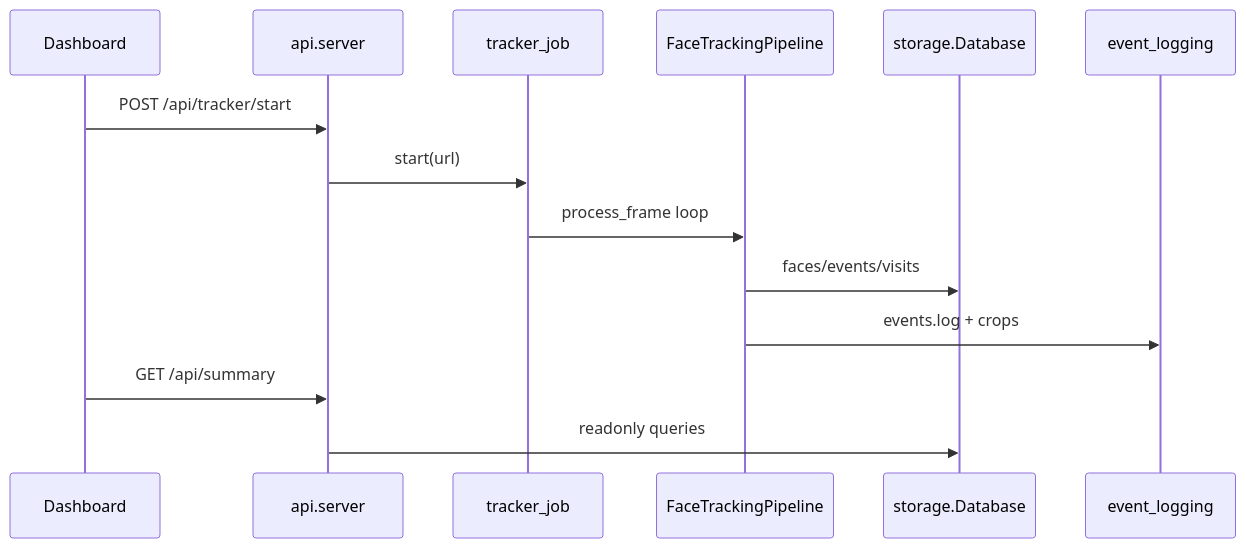
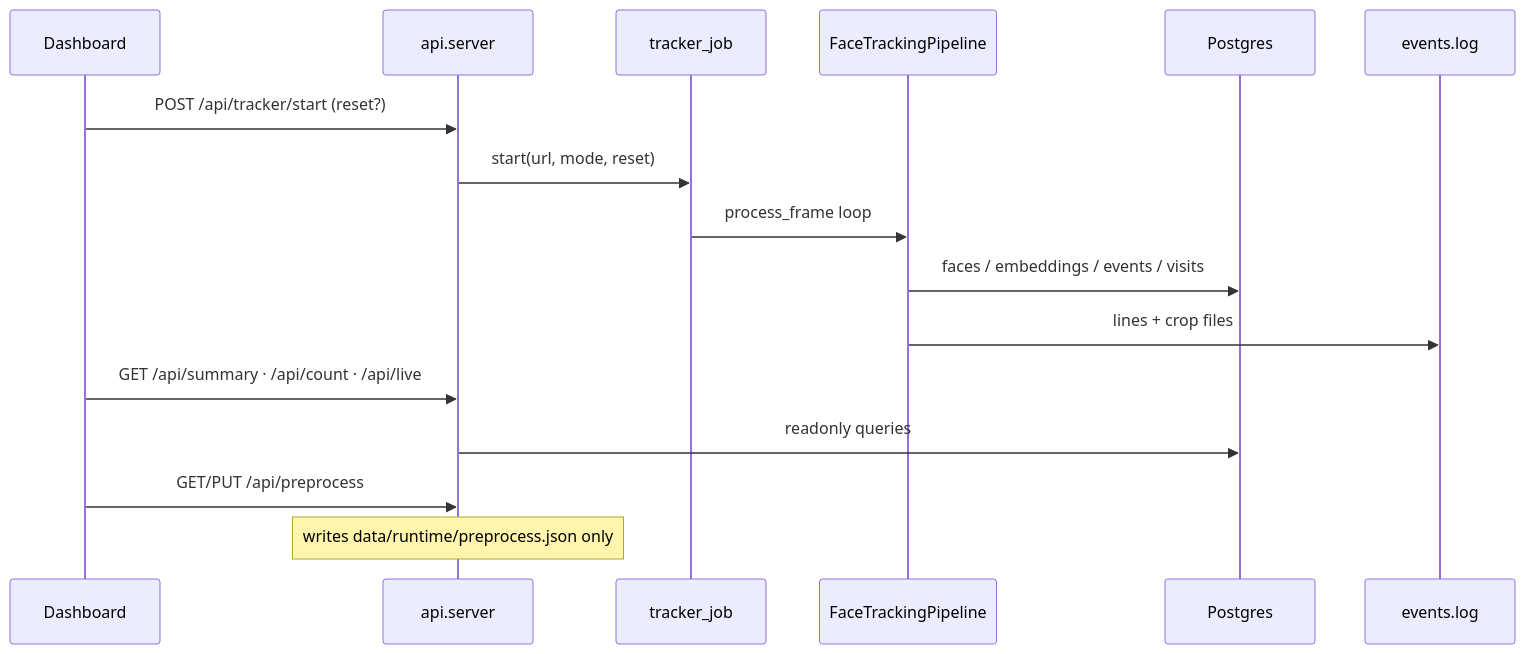
Before and after one commit to Akash-2615/VYRON: the third of 4 diagrams in docs/ARCHITECTURE.md, drawn with Mermaid. The commit also changed other lines of this file and 3 other files, not shown here.

````diff
--- a/docs/ARCHITECTURE.md
+++ b/docs/ARCHITECTURE.md
@@ -68,16 +106,18 @@
 ```mermaid
 sequenceDiagram
   participant UI as Dashboard
   participant API as api.server
   participant Job as tracker_job
   participant Pipe as FaceTrackingPipeline
-  participant DB as storage.Database
-  participant Log as event_logging
-  UI->>API: POST /api/tracker/start
-  API->>Job: start(url)
+  participant DB as Postgres
+  participant Log as events.log
+  UI->>API: POST /api/tracker/start (reset?)
+  API->>Job: start(url, mode, reset)
   Job->>Pipe: process_frame loop
-  Pipe->>DB: faces/events/visits
-  Pipe->>Log: events.log + crops
-  UI->>API: GET /api/summary
+  Pipe->>DB: faces / embeddings / events / visits
+  Pipe->>Log: lines + crop files
+  UI->>API: GET /api/summary · /api/count · /api/live
   API->>DB: readonly queries
+  UI->>API: GET/PUT /api/preprocess
+  Note over API: writes data/runtime/preprocess.json only
 ```
````
